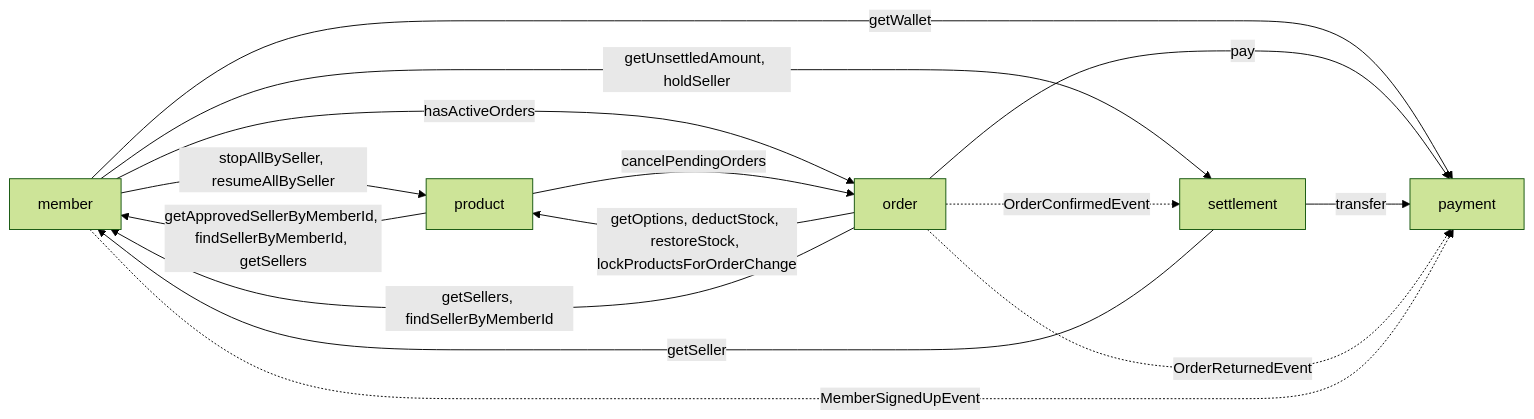
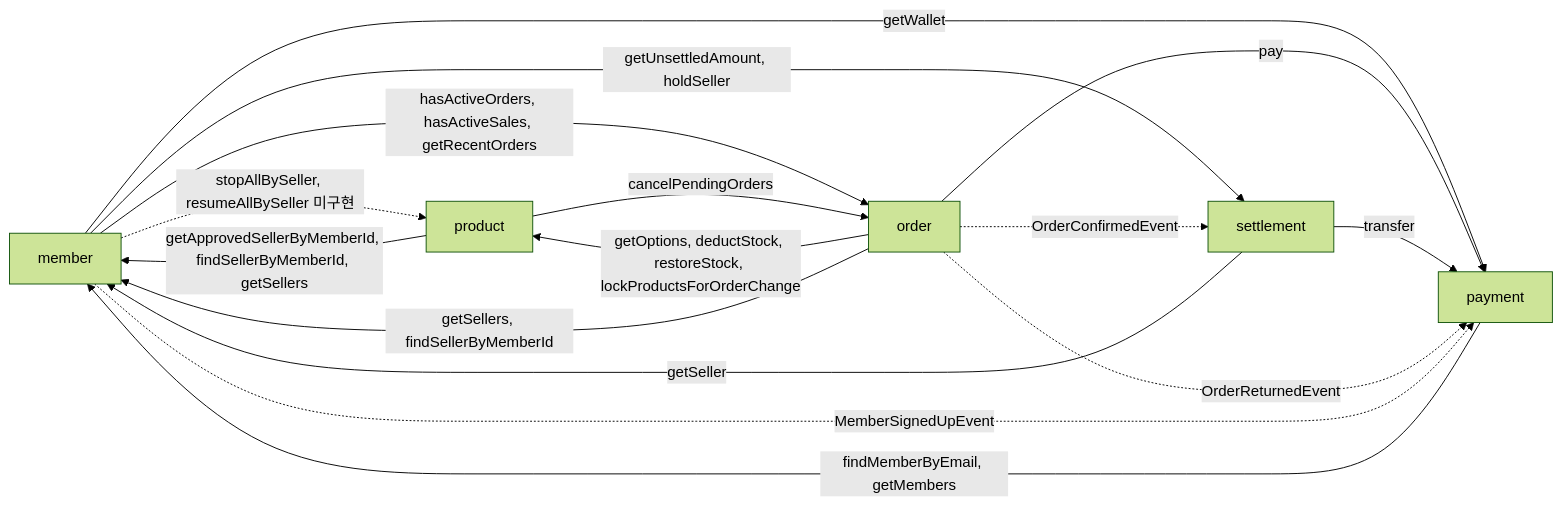
The diagram in docs/palette_development_guide.md (prgrms-be-adv-devcourse/beadv8_2_TRSS_BE), drawn with Mermaid (forest theme) before and after one commit. The commit also changed other lines of this file and 4 other files, not shown here.

````diff
--- a/docs/palette_development_guide.md
+++ b/docs/palette_development_guide.md
@@ -142,17 +143,18 @@
 ```mermaid
 flowchart LR
     member -->|getWallet| payment
-    member -->|stopAllBySeller, resumeAllBySeller| product
-    member -->|hasActiveOrders| order
+    member -.->|stopAllBySeller, resumeAllBySeller 미구현| product
+    member -->|hasActiveOrders, hasActiveSales, getRecentOrders| order
     member -->|getUnsettledAmount, holdSeller| settlement
     product -->|getApprovedSellerByMemberId, findSellerByMemberId, getSellers| member
     product -->|cancelPendingOrders| order
     order -->|getOptions, deductStock, restoreStock, lockProductsForOrderChange| product
     order -->|pay| payment
     order -->|getSellers, findSellerByMemberId| member
     settlement -->|transfer| payment
     settlement -->|getSeller| member
+    payment -->|findMemberByEmail, getMembers| member
     order -. OrderReturnedEvent .-> payment
     order -. OrderConfirmedEvent .-> settlement
     member -. MemberSignedUpEvent .-> payment
 ```
````
